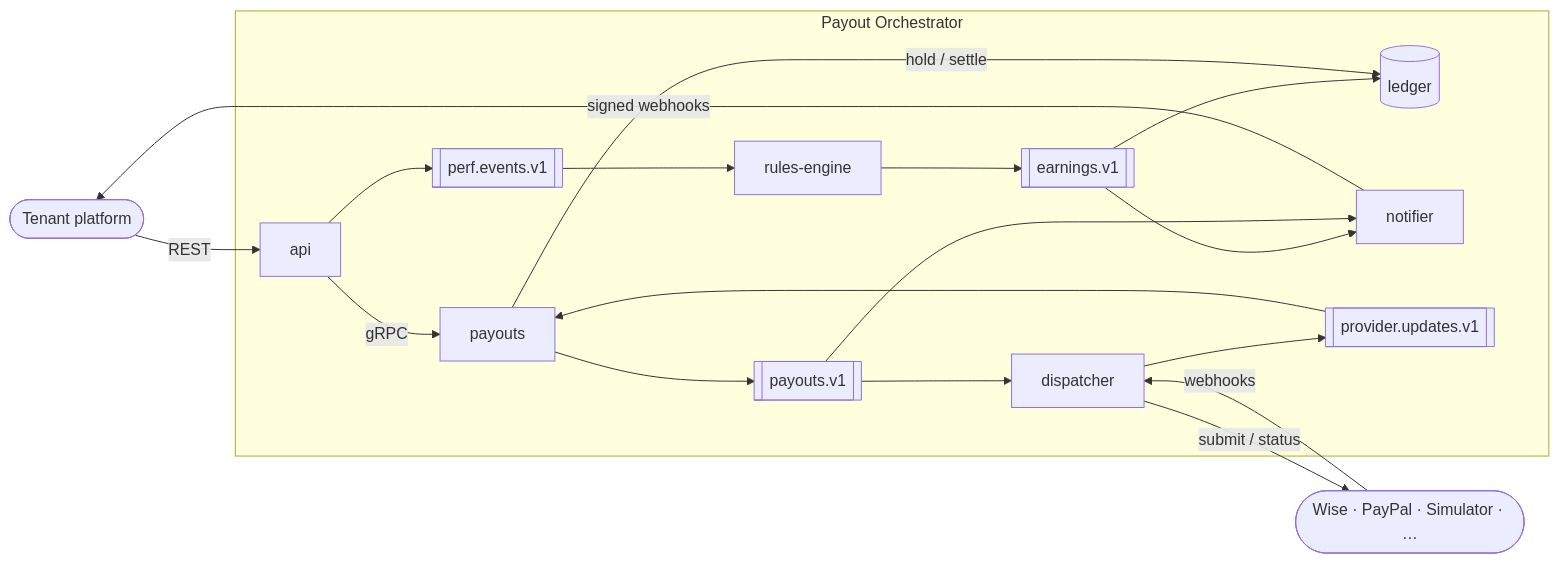
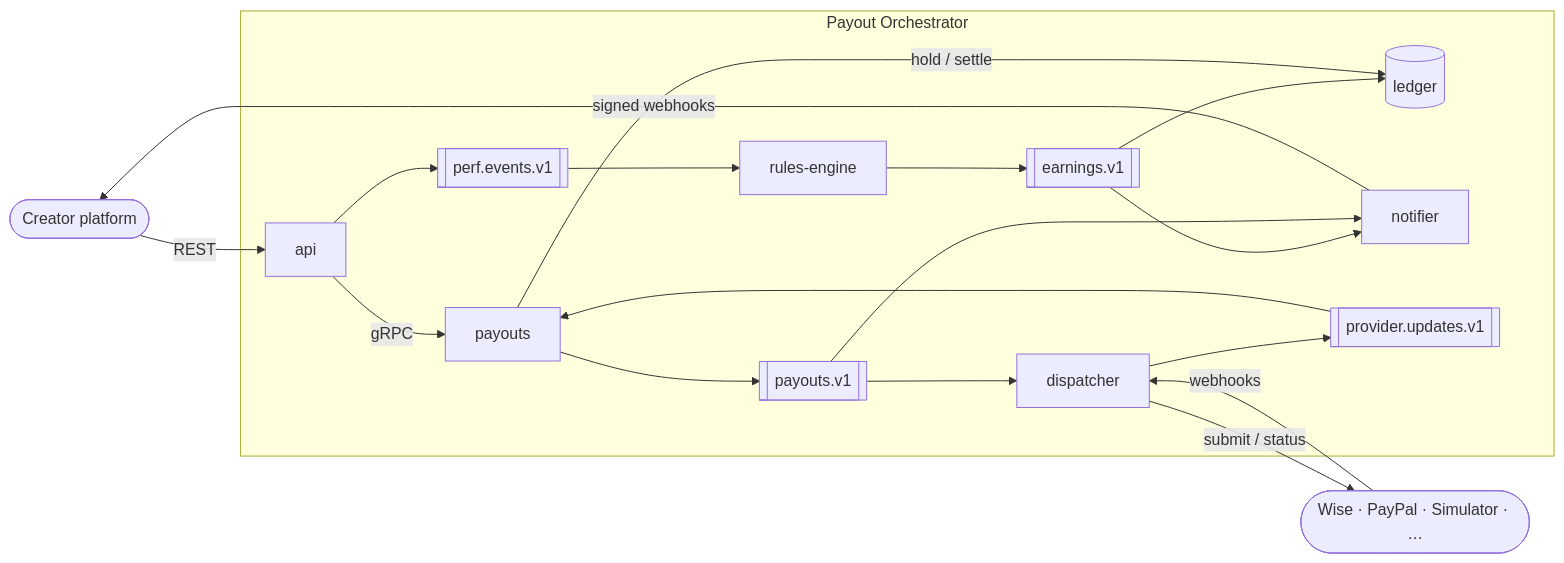
The first of 2 diagrams in docs/02-design.md (gabrielroriz/payout-orchestrator), drawn with Mermaid before and after one commit. The commit also changed other lines of this file and 3 other files, not shown here.

````diff
--- a/docs/02-design.md
+++ b/docs/02-design.md
@@ -14,31 +14,31 @@
 ```mermaid
 flowchart LR
-    tenant(["Tenant platform"])
+    tenant(["Creator platform"])
     providers(["Wise · PayPal · Simulator · …"])
 
     subgraph orchestrator["Payout Orchestrator"]
         api["api"]
         rules["rules-engine"]
         ledger[("ledger")]
         payouts["payouts"]
         dispatcher["dispatcher"]
         notifier["notifier"]
 
         tEvents[["perf.events.v1"]]
         tEarnings[["earnings.v1"]]
         tPayouts[["payouts.v1"]]
         tProvider[["provider.updates.v1"]]
     end
 
     tenant -- "REST" --> api
     api --> tEvents --> rules --> tEarnings --> ledger
     api -- "gRPC" --> payouts
     payouts -- "hold / settle" --> ledger
     payouts --> tPayouts --> dispatcher
     dispatcher -- "submit / status" --> providers
     providers -- "webhooks" --> dispatcher
     dispatcher --> tProvider --> payouts
     tEarnings --> notifier
     tPayouts --> notifier
     notifier -- "signed webhooks" --> tenant
 ```
````
